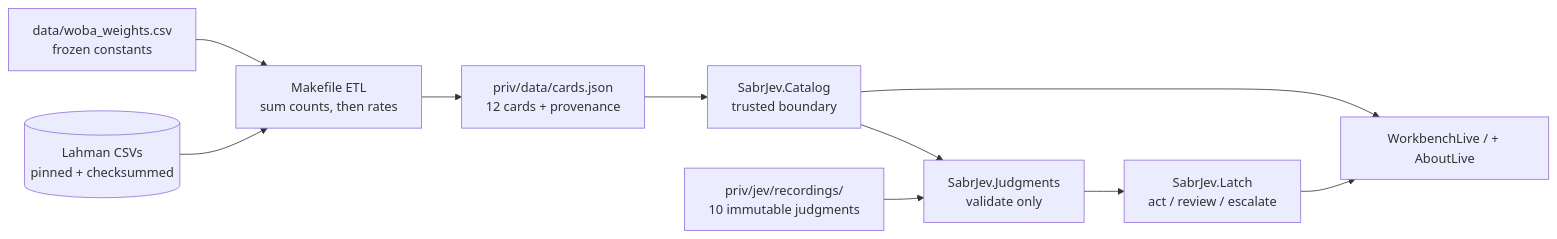
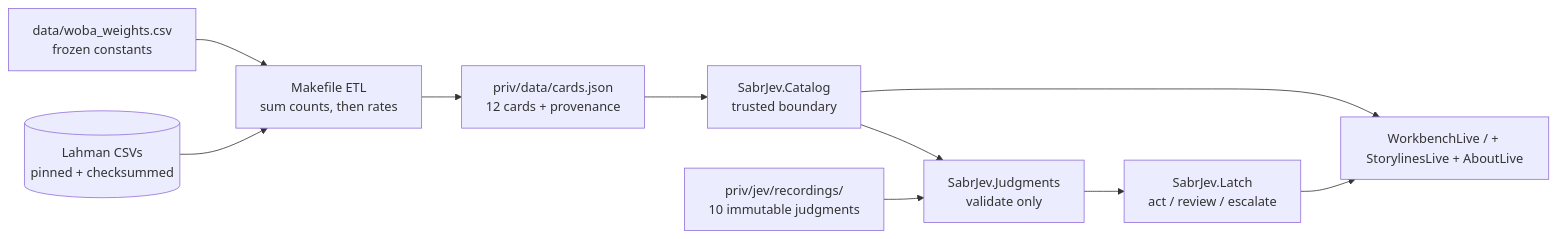
The first of 2 diagrams in README.md (harlanljones/sabr-jev), drawn with Mermaid before and after one commit. The commit also changed other lines of this file and 38 other files, not shown here.

````diff
--- a/README.md
+++ b/README.md
@@ -64,12 +56,12 @@
 ```mermaid
 flowchart LR
     Lahman[(Lahman CSVs\npinned + checksummed)] --> ETL[Makefile ETL\nsum counts, then rates]
     WOBA[data/woba_weights.csv\nfrozen constants] --> ETL
     ETL --> Cards[priv/data/cards.json\n12 cards + provenance]
     Cards --> Catalog[SabrJev.Catalog\ntrusted boundary]
     Rec[priv/jev/recordings/\n10 immutable judgments] --> Judg[SabrJev.Judgments\nvalidate only]
     Catalog --> Judg
     Judg --> Latch[SabrJev.Latch\nact / review / escalate]
-    Catalog --> UI[WorkbenchLive / + AboutLive]
+    Catalog --> UI[WorkbenchLive / + StorylinesLive + AboutLive]
     Latch --> UI
 ```
````
